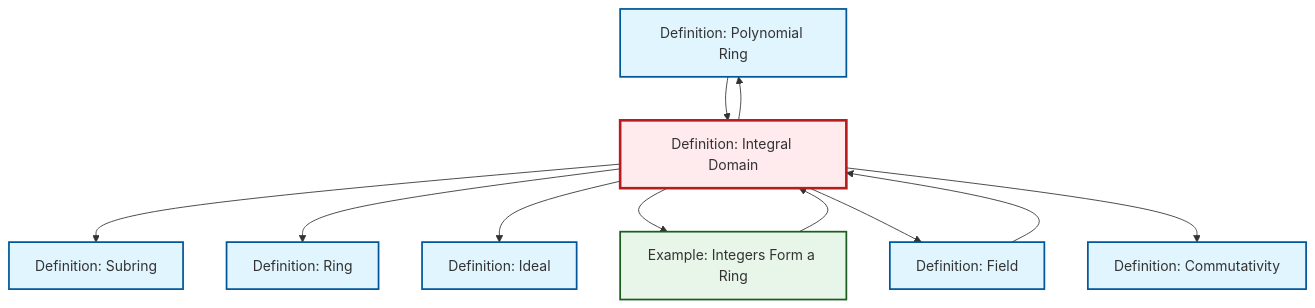
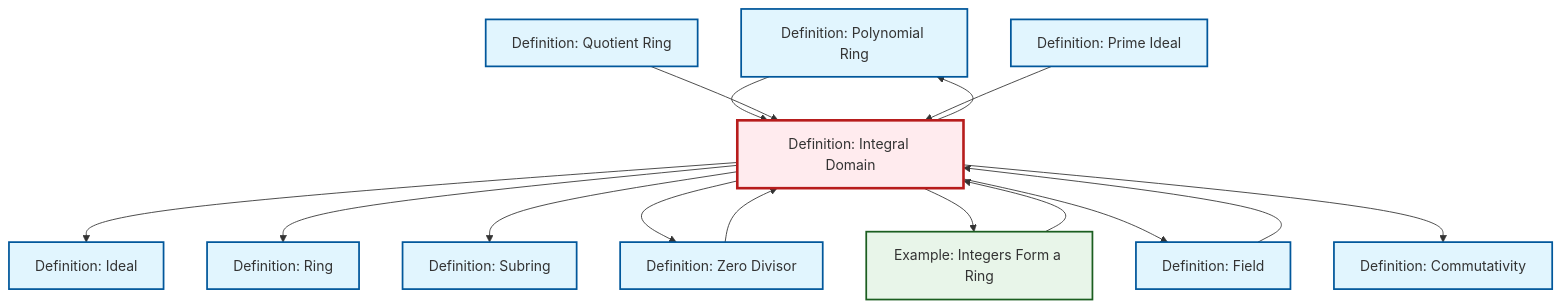
Before and after one commit to RK0429/ModernMath: the diagram in content/ja/algebra/def-integral-domain.qmd, drawn with Mermaid. The commit also changed 654 other files, not shown here.

First line of the commit message:
fix: Update cross-references to equivalence relation in quotient ring definitions

````diff
--- a/content/ja/algebra/def-integral-domain.qmd
+++ b/content/ja/algebra/def-integral-domain.qmd
@@ -95,35 +95,45 @@
 ```{mermaid}
 %%| fig-cap: "Local dependency graph"
 graph TD
     classDef definition fill:#e1f5fe,stroke:#01579b,stroke-width:2px
     classDef theorem fill:#f3e5f5,stroke:#4a148c,stroke-width:2px
     classDef axiom fill:#fff3e0,stroke:#e65100,stroke-width:2px
     classDef example fill:#e8f5e9,stroke:#1b5e20,stroke-width:2px
     classDef current fill:#ffebee,stroke:#b71c1c,stroke-width:3px
     def-polynomial-ring["Definition: Polynomial Ring"]:::definition
+    def-quotient-ring["Definition: Quotient Ring"]:::definition
+    def-field["Definition: Field"]:::definition
+    def-prime-ideal["Definition: Prime Ideal"]:::definition
     def-ring["Definition: Ring"]:::definition
+    def-ideal["Definition: Ideal"]:::definition
+    def-zero-divisor["Definition: Zero Divisor"]:::definition
     def-integral-domain["Definition: Integral Domain"]:::definition
     def-subring["Definition: Subring"]:::definition
-    def-field["Definition: Field"]:::definition
     def-commutativity["Definition: Commutativity"]:::definition
     ex-integers-ring["Example: Integers Form a Ring"]:::example
-    def-ideal["Definition: Ideal"]:::definition
+    def-integral-domain --> def-ideal
+    def-integral-domain --> def-ring
+    def-polynomial-ring --> def-integral-domain
+    def-quotient-ring --> def-integral-domain
     def-integral-domain --> def-subring
+    def-zero-divisor --> def-integral-domain
+    def-integral-domain --> def-zero-divisor
+    def-integral-domain --> def-polynomial-ring
+    def-integral-domain --> ex-integers-ring
+    def-field --> def-integral-domain
     ex-integers-ring --> def-integral-domain
-    def-integral-domain --> def-ring
-    def-integral-domain --> def-ideal
-    def-field --> def-integral-domain
-    def-integral-domain --> ex-integers-ring
     def-integral-domain --> def-field
-    def-polynomial-ring --> def-integral-domain
+    def-prime-ideal --> def-integral-domain
     def-integral-domain --> def-commutativity
-    def-integral-domain --> def-polynomial-ring
     class def-integral-domain current
     click def-polynomial-ring "def-polynomial-ring.html" "Definition: Polynomial Ringへ"
+    click def-quotient-ring "def-quotient-ring.html" "Definition: Quotient Ringへ"
+    click def-field "def-field.html" "Definition: Fieldへ"
+    click def-prime-ideal "def-prime-ideal.html" "Definition: Prime Idealへ"
     click def-ring "def-ring.html" "Definition: Ringへ"
+    click def-ideal "def-ideal.html" "Definition: Idealへ"
+    click def-zero-divisor "def-zero-divisor.html" "Definition: Zero Divisorへ"
     click def-subring "def-subring.html" "Definition: Subringへ"
-    click def-field "def-field.html" "Definition: Fieldへ"
     click def-commutativity "def-commutativity.html" "Definition: Commutativityへ"
     click ex-integers-ring "ex-integers-ring.html" "Example: Integers Form a Ringへ"
-    click def-ideal "def-ideal.html" "Definition: Idealへ"
 ```
````
